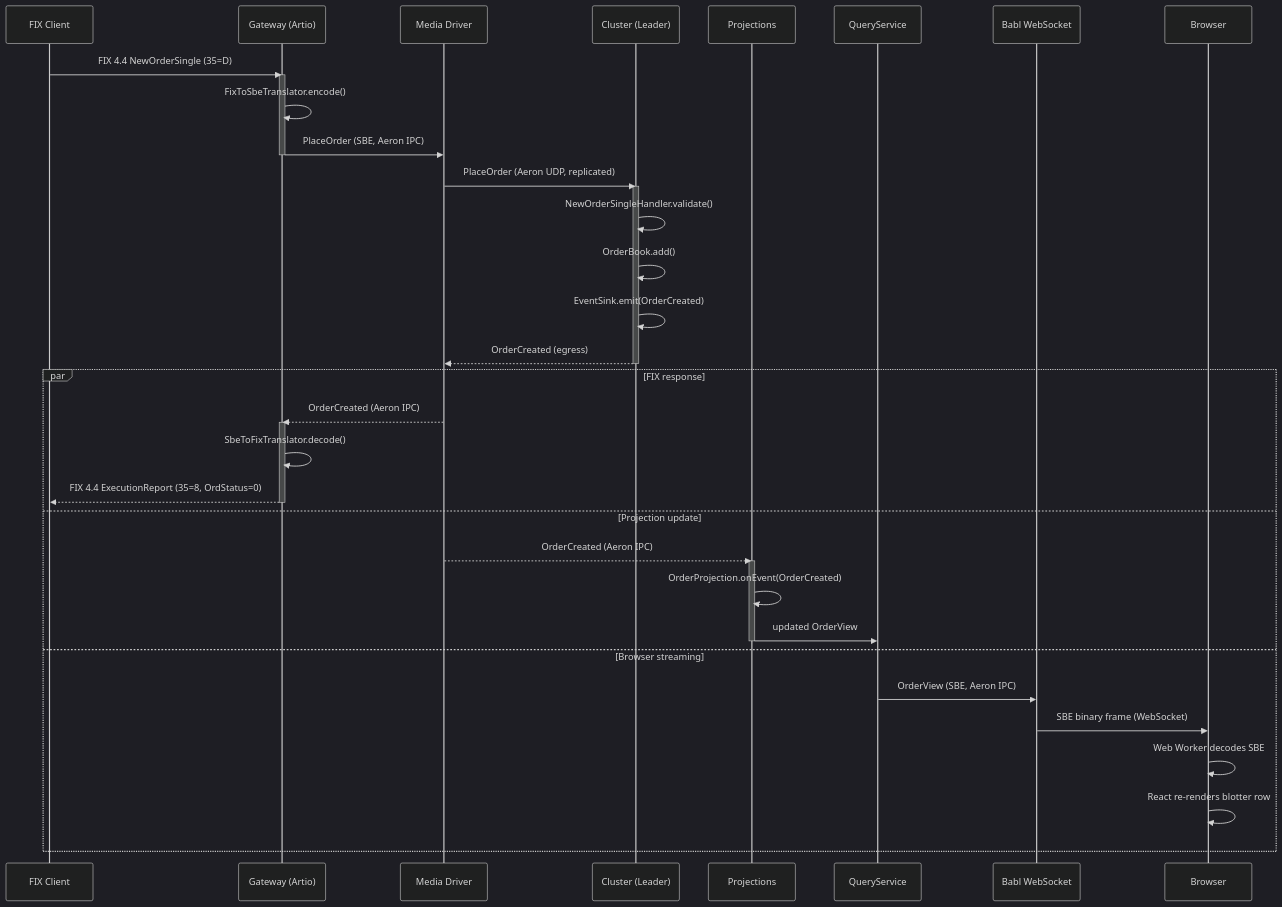
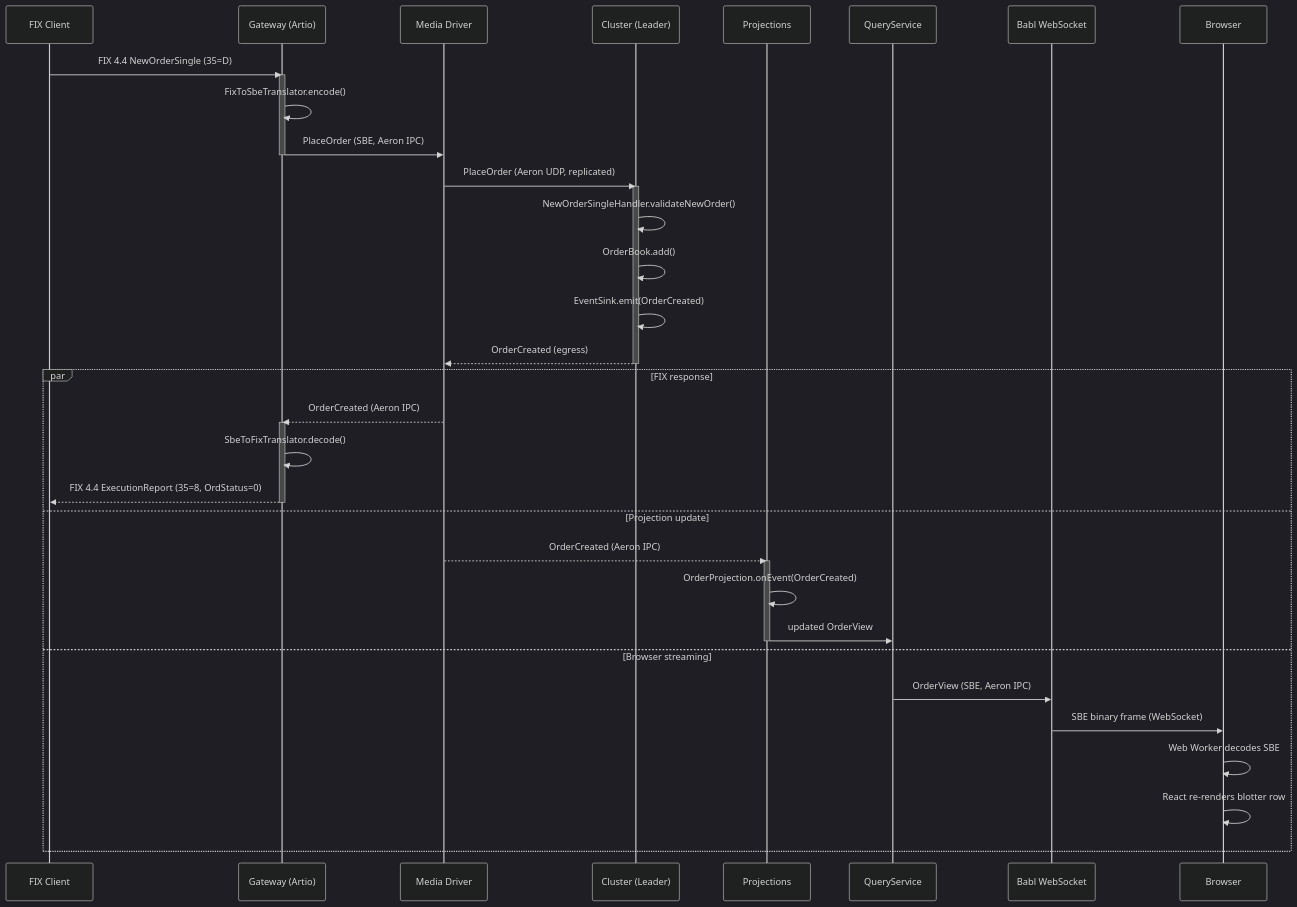
The first of 4 diagrams in docs/sequences.md (jsohi/app-trading-engine), drawn with Mermaid (dark theme) before and after one commit. The commit also changed 3 other files, not shown here.

````diff
--- a/docs/sequences.md
+++ b/docs/sequences.md
@@ -7,44 +7,44 @@
 ```mermaid
 sequenceDiagram
     participant C as FIX Client
     participant G as Gateway (Artio)
     participant M as Media Driver
     participant K as Cluster (Leader)
     participant P as Projections
     participant Q as QueryService
     participant B as Babl WebSocket
     participant W as Browser
 
     C->>G: FIX 4.4 NewOrderSingle (35=D)
     activate G
     G->>G: FixToSbeTranslator.encode()
     G->>M: PlaceOrder (SBE, Aeron IPC)
     deactivate G
 
     M->>K: PlaceOrder (Aeron UDP, replicated)
     activate K
-    K->>K: NewOrderSingleHandler.validate()
+    K->>K: NewOrderSingleHandler.validateNewOrder()
     K->>K: OrderBook.add()
     K->>K: EventSink.emit(OrderCreated)
     K-->>M: OrderCreated (egress)
     deactivate K
 
     par FIX response
         M-->>G: OrderCreated (Aeron IPC)
         activate G
         G->>G: SbeToFixTranslator.decode()
         G-->>C: FIX 4.4 ExecutionReport (35=8, OrdStatus=0)
         deactivate G
     and Projection update
         M-->>P: OrderCreated (Aeron IPC)
         activate P
         P->>P: OrderProjection.onEvent(OrderCreated)
         P->>Q: updated OrderView
         deactivate P
     and Browser streaming
         Q->>B: OrderView (SBE, Aeron IPC)
         B->>W: SBE binary frame (WebSocket)
         W->>W: Web Worker decodes SBE
         W->>W: React re-renders blotter row
     end
 ```
````
